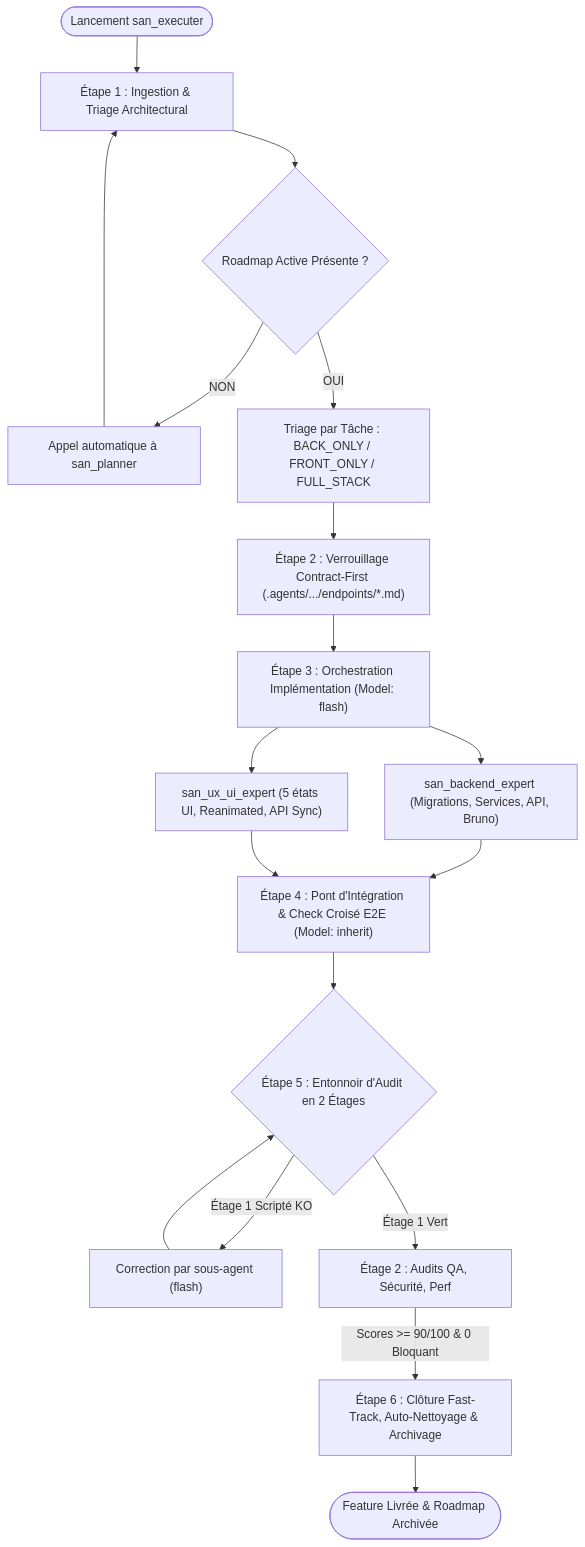
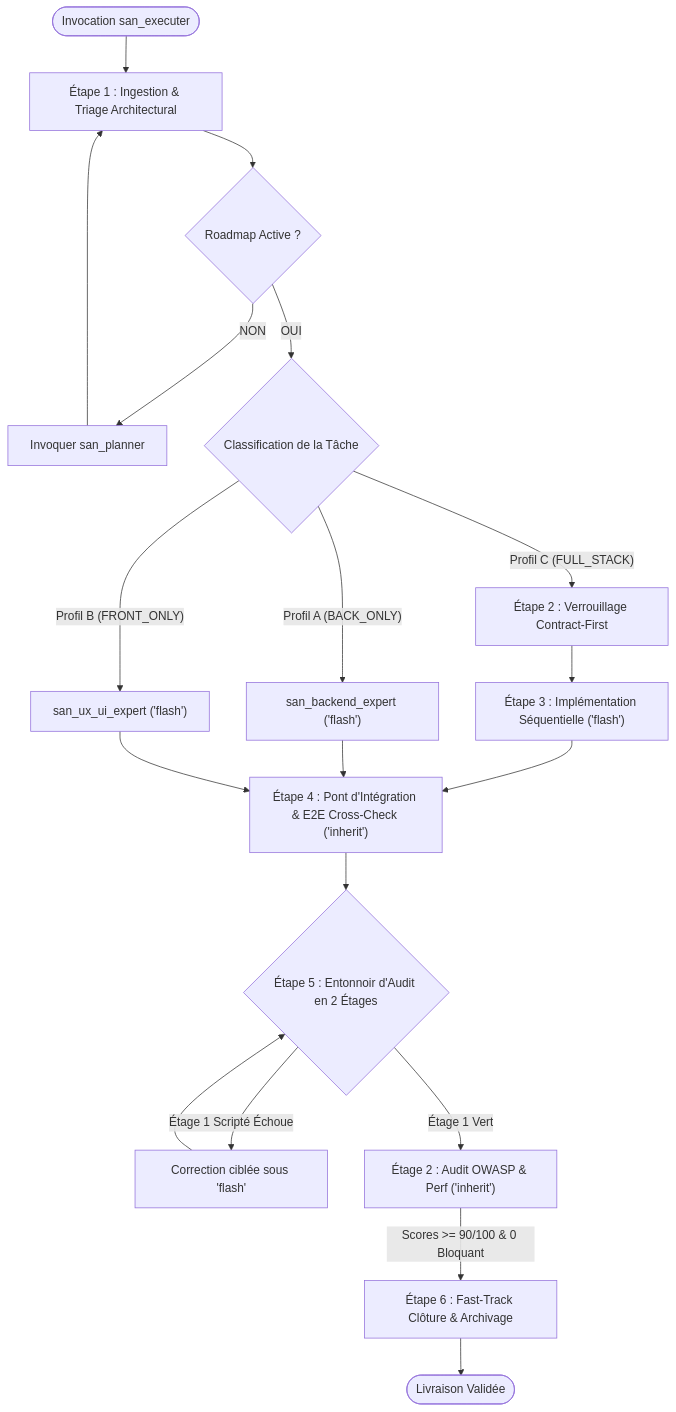
The second of 3 diagrams in skills/san_executer.md (alexsan-dev/san_agy_framework), drawn with Mermaid before and after one commit. The commit also changed other lines of this file and 41 other files, not shown here.

Commit message:
feat(phase3): packaging and automated testing of onboarding & scoping core (san_init, san_brainstorming, san_planner)

````diff
--- a/skills/san_executer.md
+++ b/skills/san_executer.md
@@ -133,27 +260,26 @@
 ```mermaid
 flowchart TD
-    Start(["Lancement san_executer"]) --> Step1["Étape 1 : Ingestion & Triage Architectural"]
-    Step1 --> CheckRoadmap{"Roadmap Active Présente ?"}
+    Start(["Invocation san_executer"]) --> Step1["Étape 1 : Ingestion & Triage Architectural"]
     
-    CheckRoadmap -->|"NON"| CallPlanner["Appel automatique à san_planner"]
+    Step1 --> CheckRoadmap{"Roadmap Active ?"}
+    CheckRoadmap -->|"NON"| CallPlanner["Invoquer san_planner"]
     CallPlanner --> Step1
     
-    CheckRoadmap -->|"OUI"| Triage["Triage par Tâche : BACK_ONLY / FRONT_ONLY / FULL_STACK"]
+    CheckRoadmap -->|"OUI"| TriageProfile{"Classification de la Tâche"}
+    TriageProfile -->|"Profil A (BACK_ONLY)"| SubBackOnly["san_backend_expert ('flash')"]
+    TriageProfile -->|"Profil B (FRONT_ONLY)"| SubFrontOnly["san_ux_ui_expert ('flash')"]
+    TriageProfile -->|"Profil C (FULL_STACK)"| Step2["Étape 2 : Verrouillage Contract-First"]
     
-    Triage --> Step2["Étape 2 : Verrouillage Contract-First (.agents/.../endpoints/*.md)"]
-    
-    Step2 --> Step3["Étape 3 : Orchestration Implémentation (Model: flash)"]
-    Step3 --> SubBack["san_backend_expert (Migrations, Services, API, Bruno)"]
-    Step3 --> SubFront["san_ux_ui_expert (5 états UI, Reanimated, API Sync)"]
-    
-    SubBack --> Step4["Étape 4 : Pont d'Intégration & Check Croisé E2E (Model: inherit)"]
-    SubFront --> Step4
+    Step2 --> Step3["Étape 3 : Implémentation Séquentielle ('flash')"]
+    Step3 --> Step4["Étape 4 : Pont d'Intégration & E2E Cross-Check ('inherit')"]
+    SubBackOnly --> Step4
+    SubFrontOnly --> Step4
     
     Step4 --> Step5{"Étape 5 : Entonnoir d'Audit en 2 Étages"}
-    Step5 -->|"Étage 1 Scripté KO"| FixFlash["Correction par sous-agent (flash)"]
-    FixFlash --> Step5
-    Step5 -->|"Étage 1 Vert"| AuditE2["Étage 2 : Audits QA, Sécurité, Perf"]
+    Step5 -->|"Étage 1 Scripté Échoue"| FixCode["Correction ciblée sous 'flash'"]
+    FixCode --> Step5
+    Step5 -->|"Étage 1 Vert"| AuditE2["Étage 2 : Audit OWASP & Perf ('inherit')"]
     
-    AuditE2 -->|"Scores >= 90/100 & 0 Bloquant"| Step6["Étape 6 : Clôture Fast-Track, Auto-Nettoyage & Archivage"]
-    Step6 --> EndVal(["Feature Livrée & Roadmap Archivée"])
+    AuditE2 -->|"Scores >= 90/100 & 0 Bloquant"| Step6["Étape 6 : Fast-Track Clôture & Archivage"]
+    Step6 --> Done(["Livraison Validée"])
 ```
````
